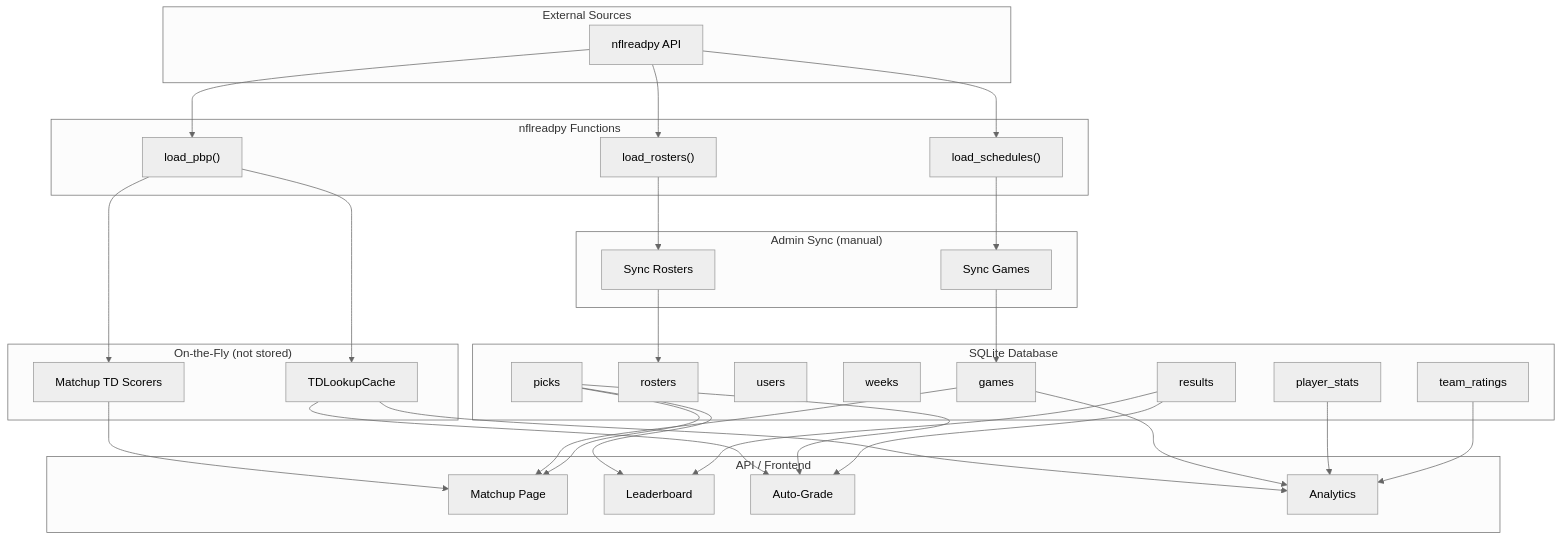
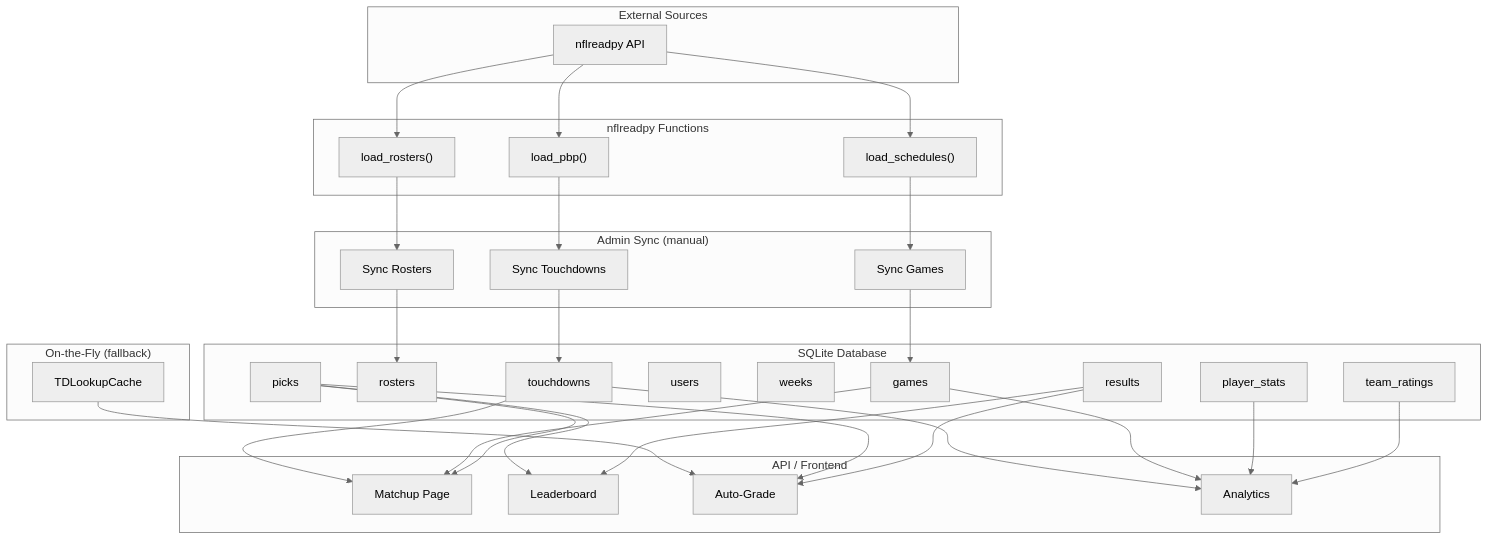
Before and after one commit to akursar1107/Antigravity-Fast6: the first of 6 diagrams in docs/ARCHITECTURE_DIAGRAMS.md, drawn with Mermaid (neutral theme). The commit also changed other lines of this file and 23 other files, not shown here.

````diff
--- a/docs/ARCHITECTURE_DIAGRAMS.md
+++ b/docs/ARCHITECTURE_DIAGRAMS.md
@@ -11,65 +11,66 @@
 ```mermaid
 flowchart TB
     subgraph External["External Sources"]
         nflread["nflreadpy API"]
     end
 
     subgraph Nflread["nflreadpy Functions"]
         load_sched["load_schedules()"]
         load_rosters["load_rosters()"]
         load_pbp["load_pbp()"]
     end
 
     subgraph Sync["Admin Sync (manual)"]
         game_sync["Sync Games"]
         roster_sync["Sync Rosters"]
+        td_sync["Sync Touchdowns"]
     end
 
     subgraph DB["SQLite Database"]
         games["games"]
         rosters["rosters"]
+        touchdowns["touchdowns"]
         users["users"]
         weeks["weeks"]
         picks["picks"]
         results["results"]
         player_stats["player_stats"]
         team_ratings["team_ratings"]
     end
 
-    subgraph OTF["On-the-Fly (not stored)"]
+    subgraph OTF["On-the-Fly (fallback)"]
         td_cache["TDLookupCache"]
-        matchup_tds["Matchup TD Scorers"]
     end
 
     subgraph Consumers["API / Frontend"]
         matchup["Matchup Page"]
         leaderboard["Leaderboard"]
         grading["Auto-Grade"]
         analytics["Analytics"]
     end
 
     nflread --> load_sched
     nflread --> load_rosters
     nflread --> load_pbp
 
     load_sched --> game_sync
     load_rosters --> roster_sync
+    load_pbp --> td_sync
     game_sync --> games
     roster_sync --> rosters
+    td_sync --> touchdowns
 
-    load_pbp --> td_cache
-    load_pbp --> matchup_tds
+    touchdowns --> matchup
+    touchdowns --> analytics
     td_cache --> grading
-    td_cache --> analytics
-    matchup_tds --> matchup
 
     games --> matchup
     games --> analytics
     picks --> matchup
     picks --> leaderboard
     picks --> grading
     results --> leaderboard
     results --> grading
     player_stats --> analytics
     team_ratings --> analytics
 ```
````
